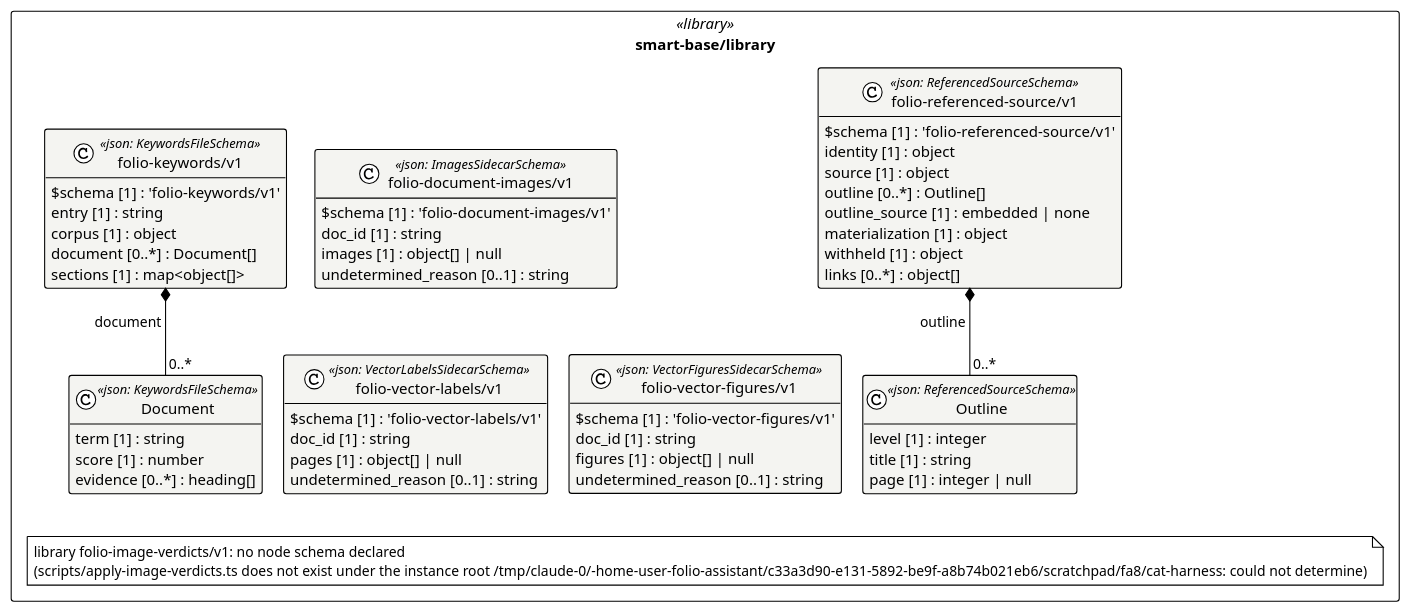
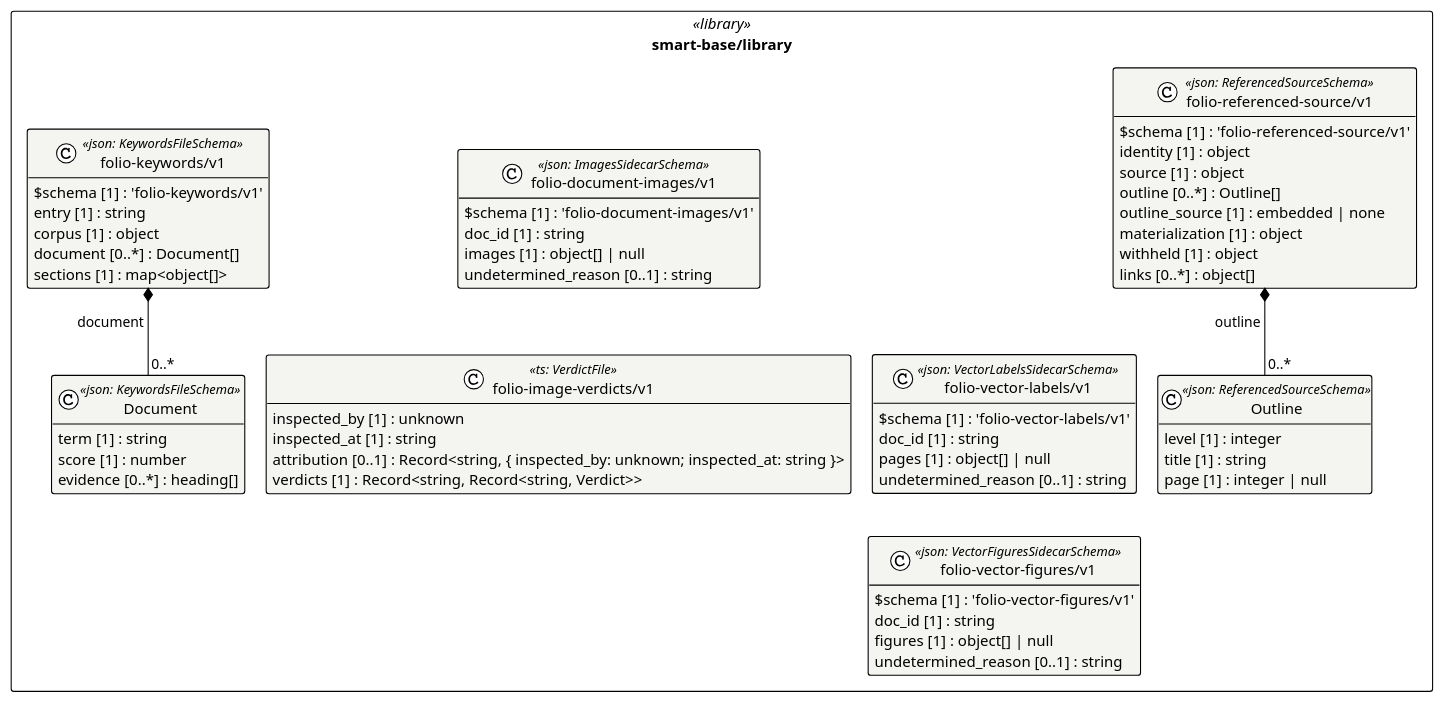
Before and after one commit to litlfred/cat-harness: the diagram in uml/overview/smart-base/library.puml, drawn with PlantUML. The commit also changed 404 other files, not shown here.

First line of the commit message:
regen: generated artefacts at folio-assistant#2529's 2026-10-11 pins

```diff
--- a/uml/overview/smart-base/library.puml
+++ b/uml/overview/smart-base/library.puml
@@ -3,60 +3,65 @@
 @startuml smart_base_library
 !pragma layout elk
 !theme plain
 skinparam classAttributeIconSize 0
 skinparam shadowing false
 skinparam packageStyle rectangle
 hide empty methods
 
 package "smart-base/library" as pkg_smart_base_library <<library>> {
   class "folio-document-images/v1" as smart_base_library_folio_document_images_v1_folio_document_images_v1 <<json: ImagesSidecarSchema>> #f4f4f1 {
     $schema [1] : 'folio-document-images/v1'
     doc_id [1] : string
     images [1] : object[] | null
     undetermined_reason [0..1] : string
+  }
+  class "folio-image-verdicts/v1" as smart_base_library_folio_image_verdicts_v1 <<ts: VerdictFile>> #f4f4f1 {
+    inspected_by [1] : unknown
+    inspected_at [1] : string
+    attribution [0..1] : Record<string, { inspected_by: unknown; inspected_at: string }>
+    verdicts [1] : Record<string, Record<string, Verdict>>
   }
   class "folio-vector-labels/v1" as smart_base_library_folio_vector_labels_v1_folio_vector_labels_v1 <<json: VectorLabelsSidecarSchema>> #f4f4f1 {
     $schema [1] : 'folio-vector-labels/v1'
     doc_id [1] : string
     pages [1] : object[] | null
     undetermined_reason [0..1] : string
   }
   class "folio-vector-figures/v1" as smart_base_library_folio_vector_figures_v1_folio_vector_figures_v1 <<json: VectorFiguresSidecarSchema>> #f4f4f1 {
     $schema [1] : 'folio-vector-figures/v1'
     doc_id [1] : string
     figures [1] : object[] | null
     undetermined_reason [0..1] : string
   }
   class "Document" as smart_base_library_folio_keywords_v1_Document <<json: KeywordsFileSchema>> #f4f4f1 {
     term [1] : string
     score [1] : number
     evidence [0..*] : heading[]
   }
   class "folio-keywords/v1" as smart_base_library_folio_keywords_v1_folio_keywords_v1 <<json: KeywordsFileSchema>> #f4f4f1 {
     $schema [1] : 'folio-keywords/v1'
     entry [1] : string
     corpus [1] : object
     document [0..*] : Document[]
     sections [1] : map<object[]>
   }
   class "Outline" as smart_base_library_folio_referenced_source_v1_Outline <<json: ReferencedSourceSchema>> #f4f4f1 {
     level [1] : integer
     title [1] : string
     page [1] : integer | null
   }
   class "folio-referenced-source/v1" as smart_base_library_folio_referenced_source_v1_folio_referenced_source_v1 <<json: ReferencedSourceSchema>> #f4f4f1 {
     $schema [1] : 'folio-referenced-source/v1'
     identity [1] : object
     source [1] : object
     outline [0..*] : Outline[]
     outline_source [1] : embedded | none
     materialization [1] : object
     withheld [1] : object
     links [0..*] : object[]
   }
-  note "library folio-image-verdicts/v1: no node schema declared\n(scripts/apply-image-verdicts.ts does not exist under the instance root /tmp/claude-0/-home-user-folio-assistant/c33a3d90-e131-5892-be9f-a8b74b021eb6/scratchpad/fa8/cat-harness: could not determine)" as n_smart_base_library_library_folio_image_verdicts_v1
 }
 
 smart_base_library_folio_keywords_v1_folio_keywords_v1 *-- "0..*" smart_base_library_folio_keywords_v1_Document : document
 smart_base_library_folio_referenced_source_v1_folio_referenced_source_v1 *-- "0..*" smart_base_library_folio_referenced_source_v1_Outline : outline
 @enduml
```
